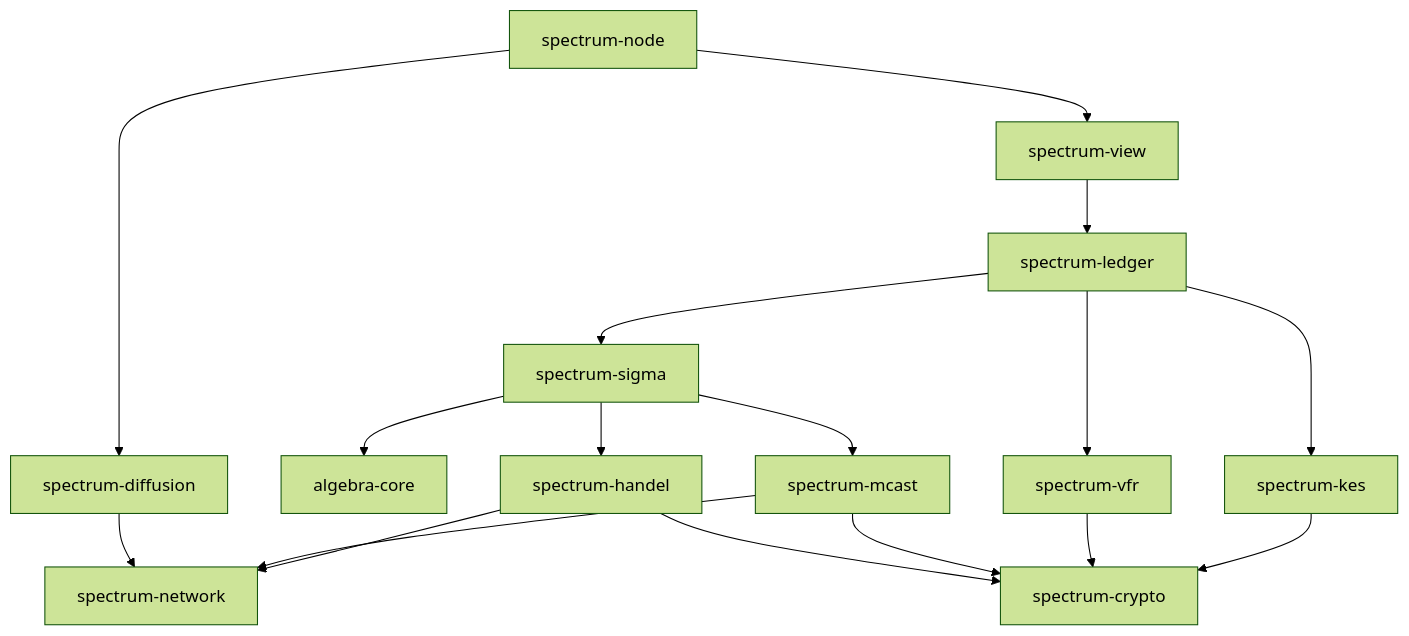
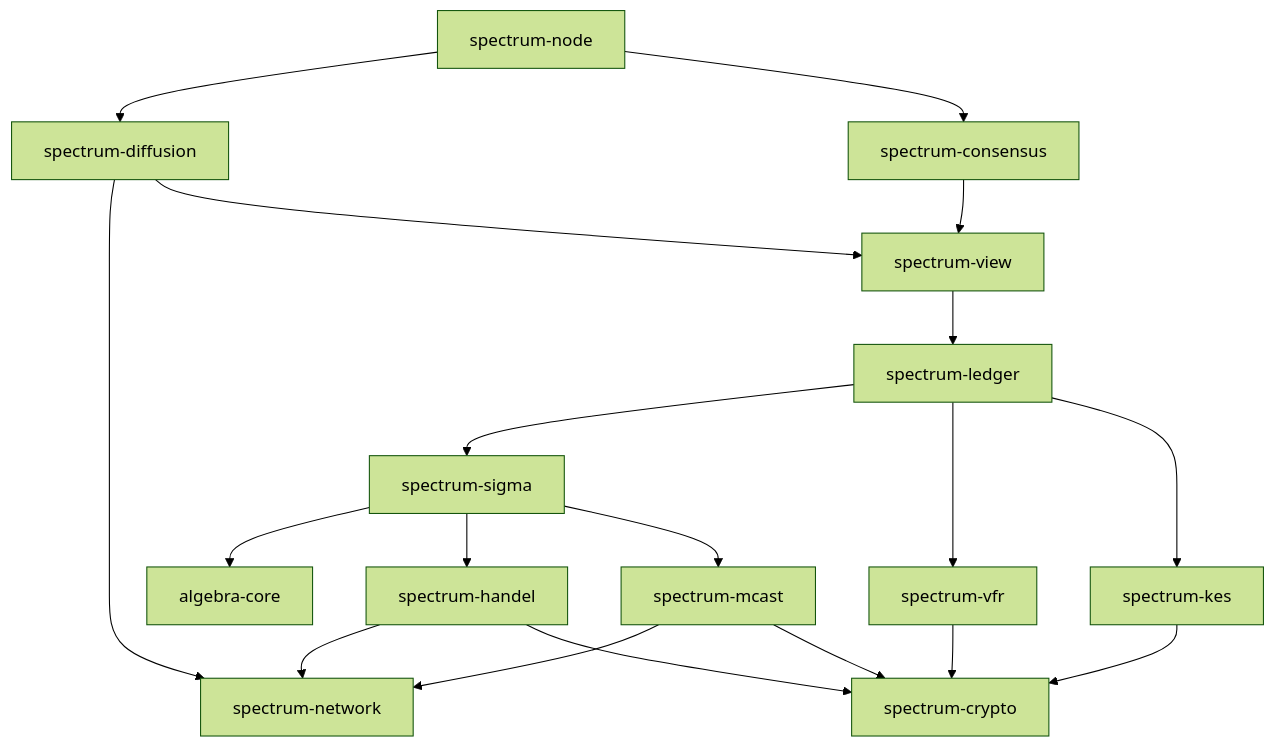
The diagram in docs/ProjectStructure.md (spectrum-finance/spectrum), drawn with Mermaid (forest theme) before and after one commit. The commit also changed other lines of this file and 19 other files, not shown here.

````diff
--- a/docs/ProjectStructure.md
+++ b/docs/ProjectStructure.md
@@ -19,31 +21,34 @@
 ```mermaid
 flowchart TD
     SN[spectrum-network]
     SM[spectrum-mcast]
     AC[algebra-core]
     SH[spectrum-handel]
     SD[spectrum-diffusion]
     SC[spectrum-crypto]
     SL[spectrum-ledger]
     SV[spectrum-vfr]
     SK[spectrum-kes]
     SS[spectrum-sigma]
     SVI[spectrum-view]
     SI[spectrum-node]
+    SCS[spectrum-consensus]
     SL --> SS
     SL --> SV
     SL --> SK
     SH --> SN
     SM --> SN
     SD --> SN
     SS --> AC
     SS --> SH
     SS --> SM
     SK --> SC
     SV --> SC
     SM --> SC
     SH --> SC
     SVI --> SL
-    SI --> SVI
     SI --> SD
+    SD --> SVI
+    SCS --> SVI
+    SI --> SCS
 ```
````
